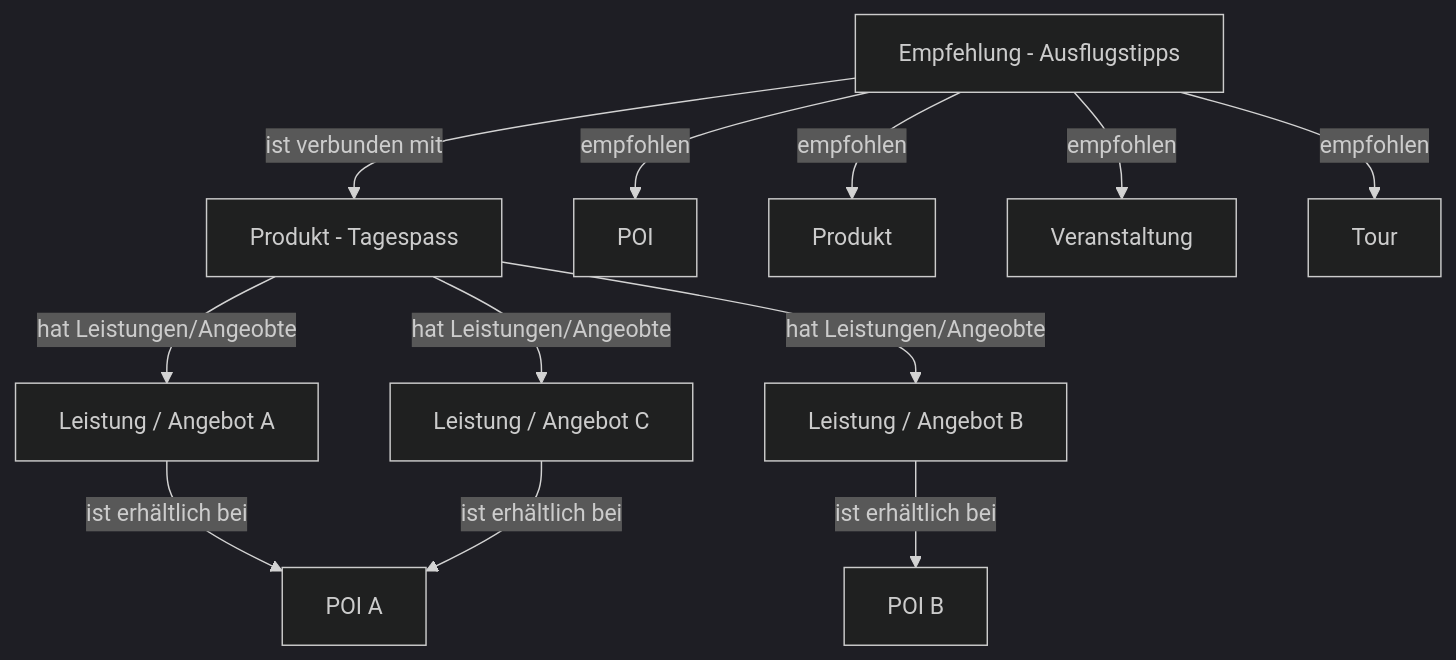
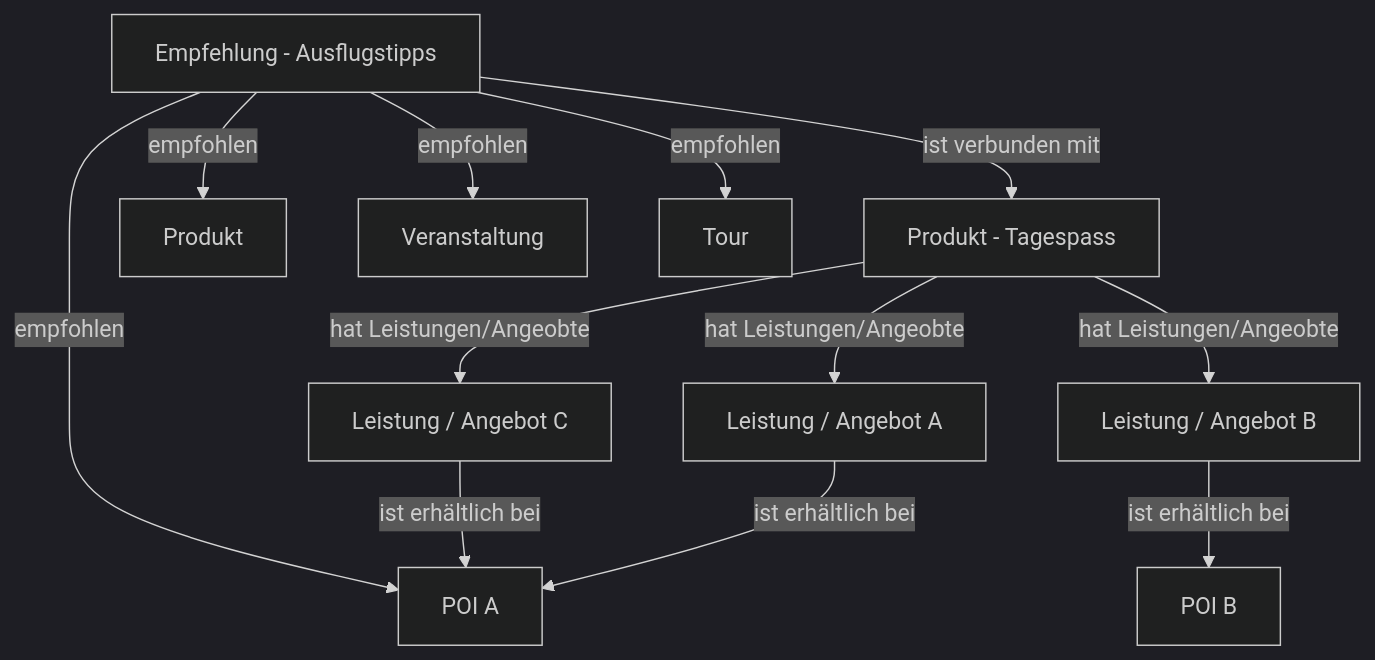
Before and after one commit to tsolenthaler/docs.contentdesk.io: the first of 3 diagrams in docs/dev/projects/glarnerlandApp.md, drawn with Mermaid (dark theme). The commit also changed other lines of this file, not shown here.

Commit message:
Refactor schema and update relationships in glarnerlandApp.md

````diff
--- a/docs/dev/projects/glarnerlandApp.md
+++ b/docs/dev/projects/glarnerlandApp.md
@@ -12,20 +12,20 @@
 ``` mermaid
 graph TD
     Tagespass[Produkt - Tagespass]
     Tagespass -->|hat Leistungen/Angeobte|OfferA
     Tagespass -->|hat Leistungen/Angeobte|OfferB
     Tagespass -->|hat Leistungen/Angeobte|OfferC
     OfferA[Leistung / Angebot A]
     OfferA -->|ist erhältlich bei|PlaceA[POI A]
     OfferB[Leistung / Angebot B]
     OfferB -->|ist erhältlich bei|PlaceB[POI B]
     OfferC[Leistung / Angebot C]
     OfferC -->|ist erhältlich bei|PlaceA
 
-    Recommendation[Empfehlung - Ausflugstipps] -->|empfohlen|Place[POI]
+    Recommendation[Empfehlung - Ausflugstipps] -->|empfohlen|PlaceA
     Recommendation[Empfehlung - Ausflugstipps] -->|empfohlen|Product[Produkt]
     Recommendation[Empfehlung - Ausflugstipps] -->|empfohlen|Event[Veranstaltung]
     Recommendation[Empfehlung - Ausflugstipps] -->|empfohlen|Tour
     Recommendation -->|ist verbunden mit|Tagespass
     
 ```
````
